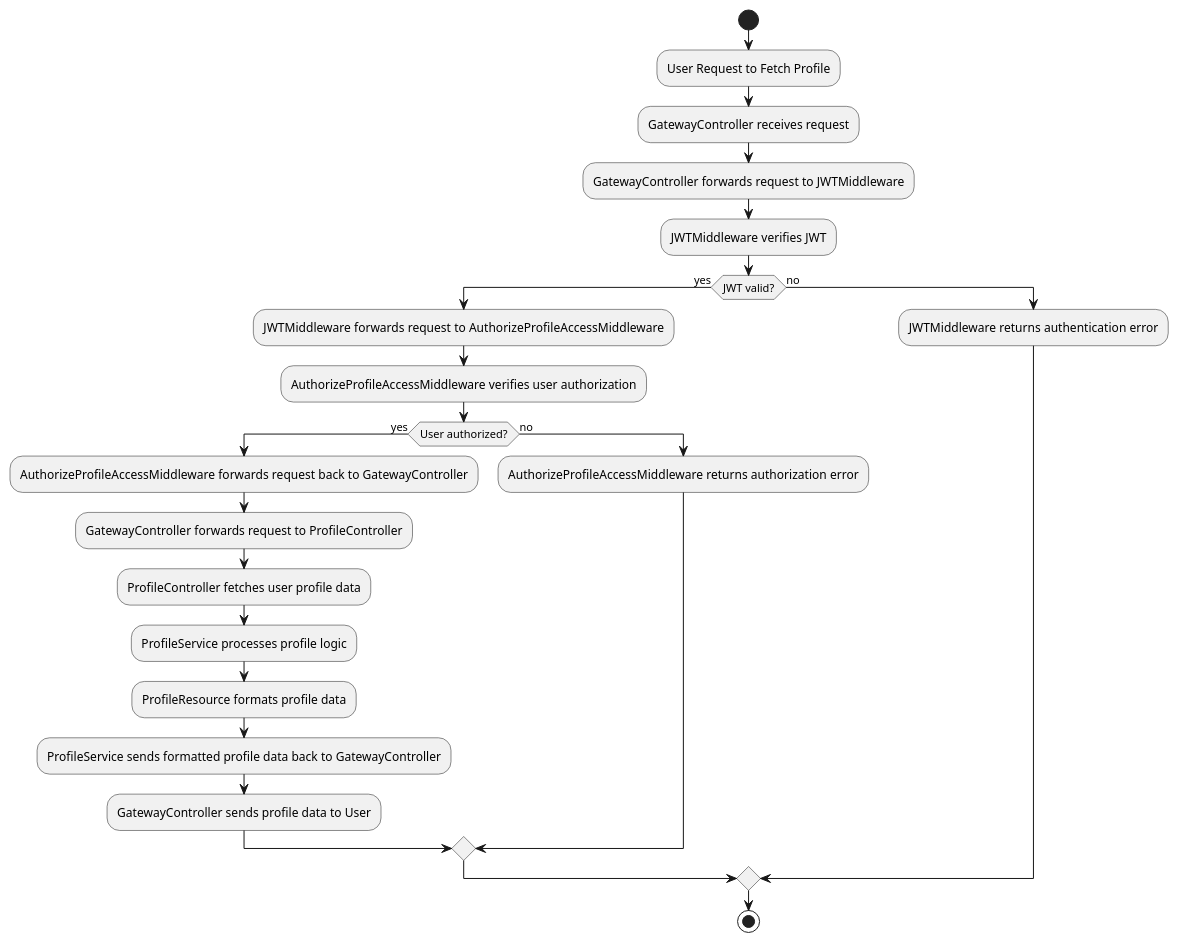
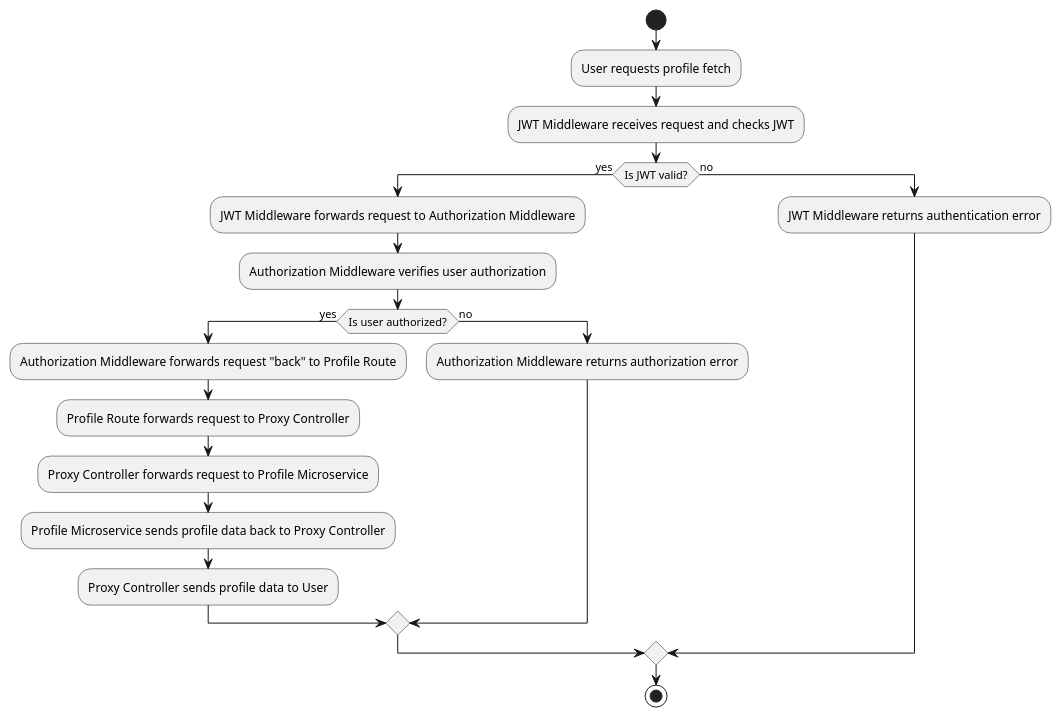
The diagram in documentation/PlantUML/Code/profile-activity.md (miloskec/gateway), drawn with PlantUML before and after one commit. The commit also changed 2 other files, not shown here.

````diff
--- a/documentation/PlantUML/Code/profile-activity.md
+++ b/documentation/PlantUML/Code/profile-activity.md
@@ -5,27 +5,23 @@
 ```plantuml
 @startuml
 start
-:User Request to Fetch Profile;
-:GatewayController receives request;
-:GatewayController forwards request to JWTMiddleware;
-:JWTMiddleware verifies JWT;
-if (JWT valid?) then (yes)
-    :JWTMiddleware forwards request to AuthorizeProfileAccessMiddleware;
-    :AuthorizeProfileAccessMiddleware verifies user authorization;
-    if (User authorized?) then (yes)
-        :AuthorizeProfileAccessMiddleware forwards request back to GatewayController;
-        :GatewayController forwards request to ProfileController;
-        :ProfileController fetches user profile data;
-        :ProfileService processes profile logic;
-        :ProfileResource formats profile data;
-        :ProfileService sends formatted profile data back to GatewayController;
-        :GatewayController sends profile data to User;
+:User requests profile fetch;
+:JWT Middleware receives request and checks JWT;
+if (Is JWT valid?) then (yes)
+    :JWT Middleware forwards request to Authorization Middleware;
+    :Authorization Middleware verifies user authorization;
+    if (Is user authorized?) then (yes)
+        :Authorization Middleware forwards request "back" to Profile Route;
+        :Profile Route forwards request to Proxy Controller;
+        :Proxy Controller forwards request to Profile Microservice;
+        :Profile Microservice sends profile data back to Proxy Controller;
+        :Proxy Controller sends profile data to User;
     else (no)
-        :AuthorizeProfileAccessMiddleware returns authorization error;
+        :Authorization Middleware returns authorization error;
     endif
 else (no)
-    :JWTMiddleware returns authentication error;
+    :JWT Middleware returns authentication error;
 endif
 stop
 @enduml
 ```
````
